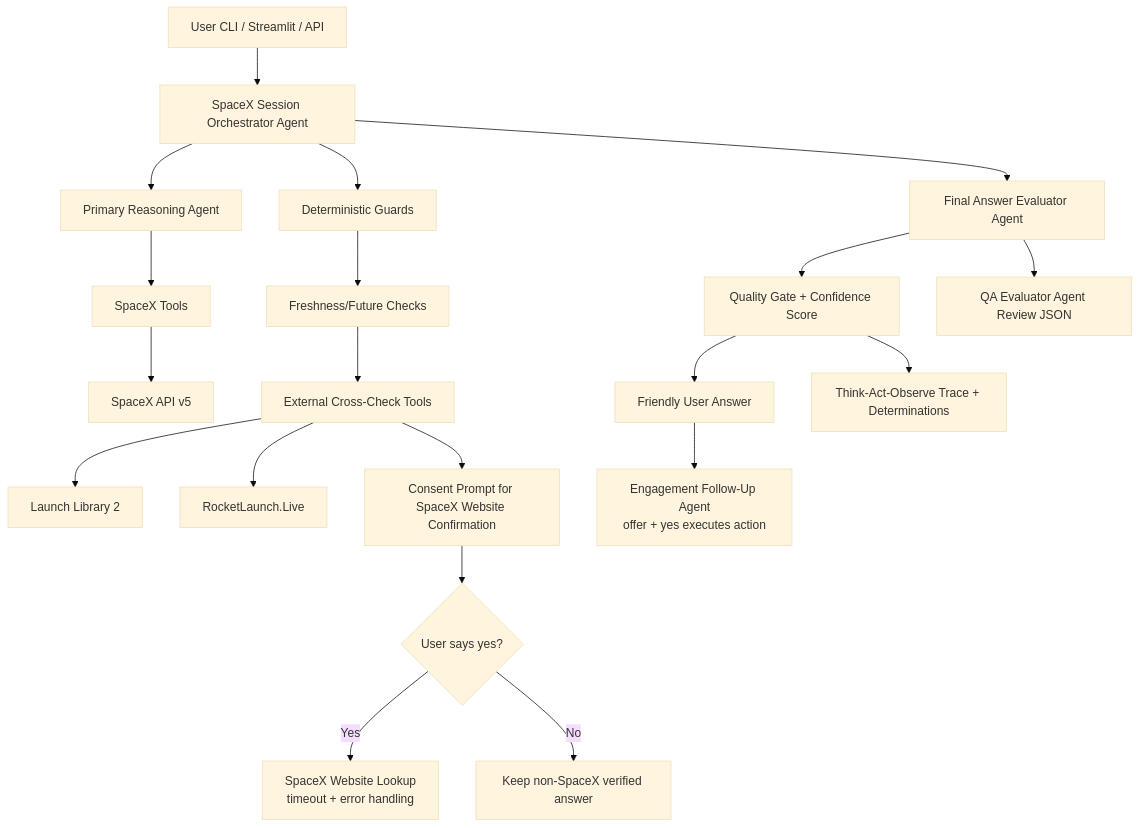
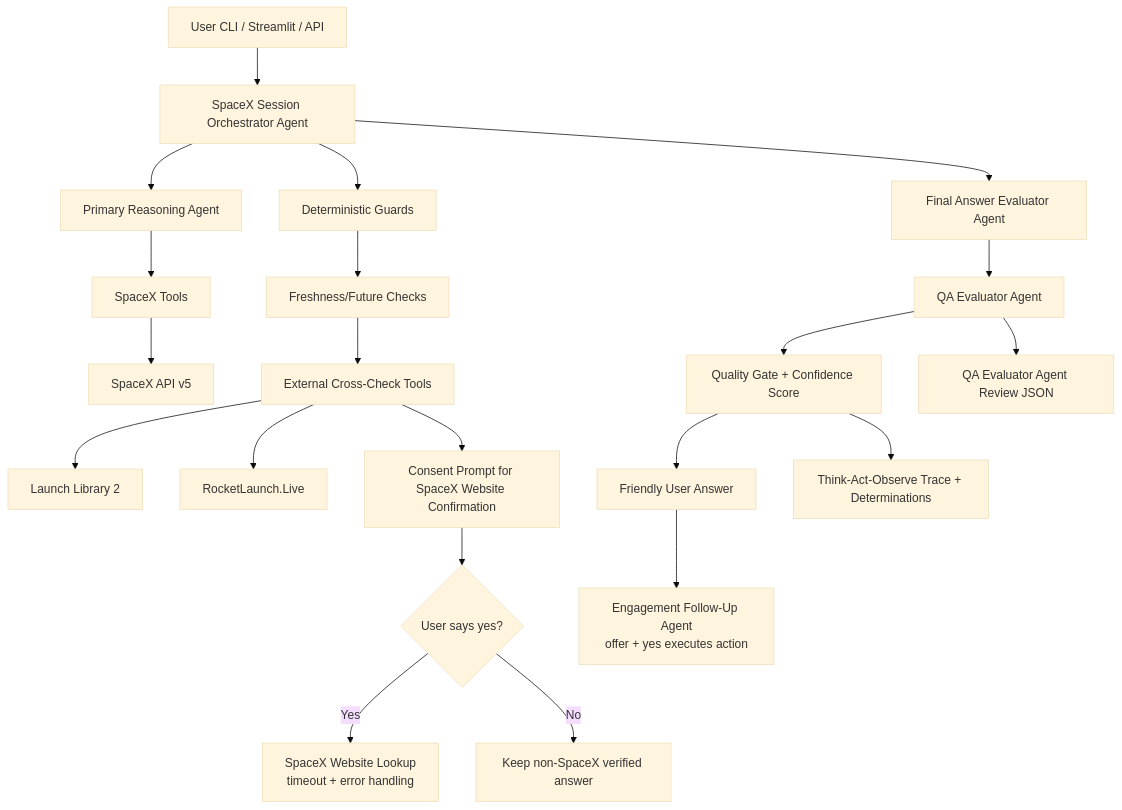
One commit to jamesmarshalyoungUT/spacex changed the diagram in ARCHITECTURE.md. Above: the diagram before and after it, drawn with Mermaid (base theme). The commit also changed 1 other file, not shown here.

Commit message:
update radme

````diff
--- a/ARCHITECTURE.md
+++ b/ARCHITECTURE.md
@@ -9,22 +9,23 @@
 ```mermaid
 flowchart TD
   A[User CLI / Streamlit / API] --> B[SpaceX Session Orchestrator Agent]
   B --> C[Primary Reasoning Agent]
   C --> D[SpaceX Tools]
   D --> E[SpaceX API v5]
   B --> F[Deterministic Guards]
   F --> G[Freshness/Future Checks]
   G --> L[External Cross-Check Tools]
   L --> M[Launch Library 2]
   L --> O[RocketLaunch.Live]
   L --> H[Consent Prompt for SpaceX Website Confirmation]
   H --> I{User says yes?}
   I -->|Yes| J[SpaceX Website Lookup<br/>timeout + error handling]
   I -->|No| K[Keep non-SpaceX verified answer]
   B --> P[Final Answer Evaluator Agent]
-  P --> Q[Quality Gate + Confidence Score]
-  P --> T[QA Evaluator Agent Review JSON]
+  P --> T[QA Evaluator Agent]
+  T --> Q[Quality Gate + Confidence Score]
+  T --> V[QA Evaluator Agent Review JSON]
   Q --> R[Friendly User Answer]
   R --> U[Engagement Follow-Up Agent<br/>offer + yes executes action]
   Q --> S[Think-Act-Observe Trace + Determinations]
 ```
````
